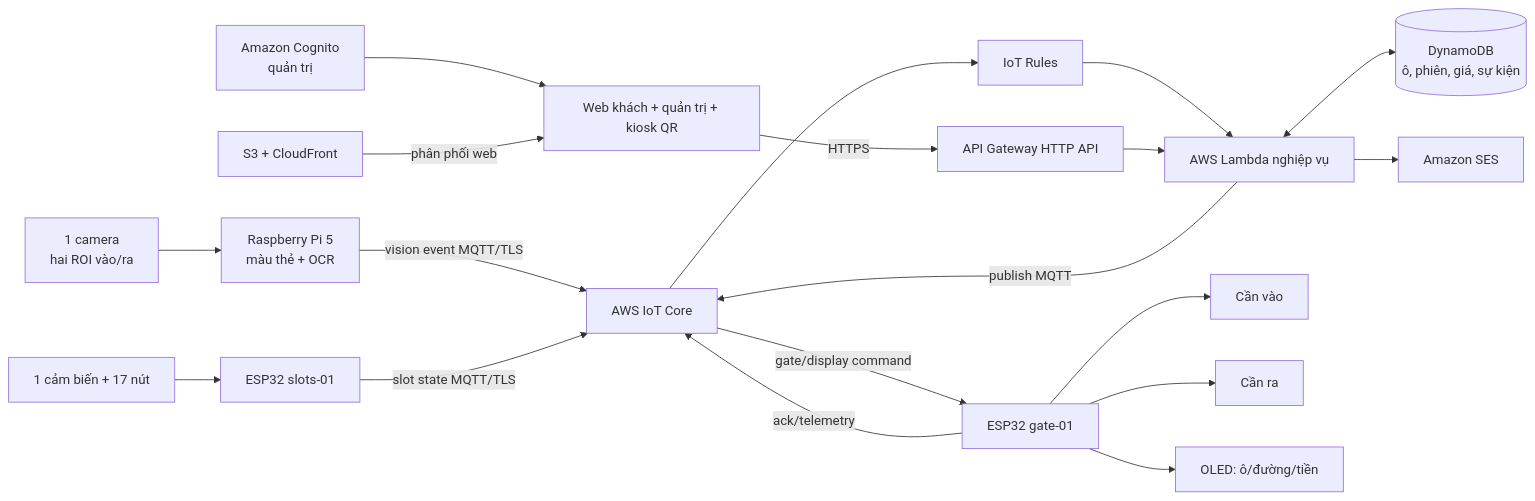
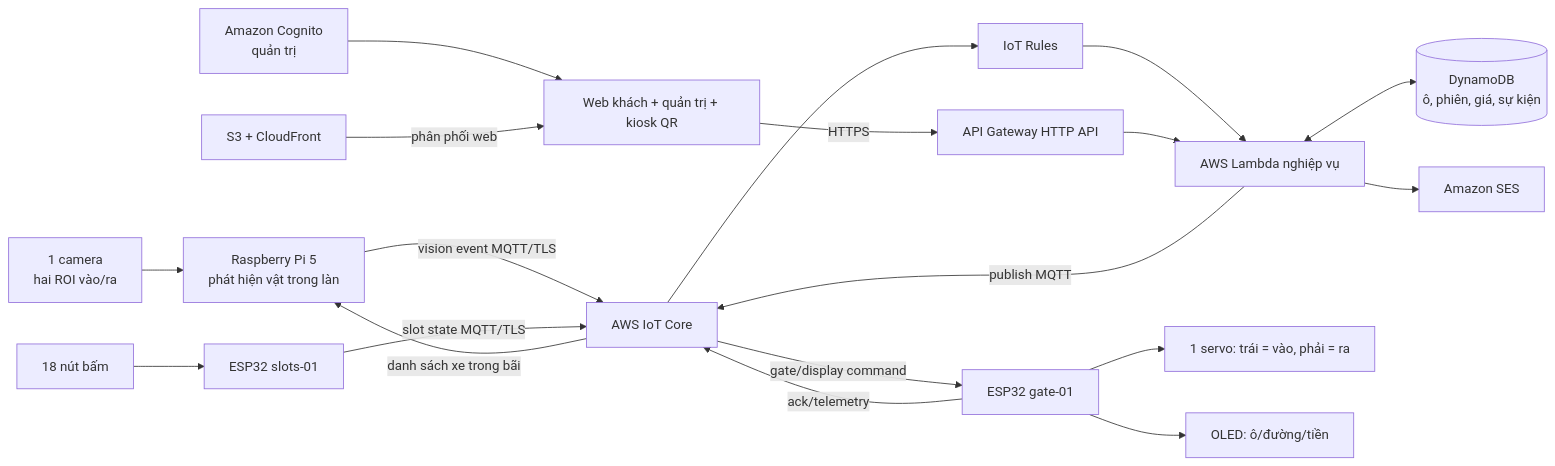
One commit to Tuyen230605/Smart_parking changed the diagram in docs/architecture.md. Above: the diagram before and after it, drawn with Mermaid. The commit also changed other lines of this file and 49 other files, not shown here.

First line of the commit message:
Admin-approved entry/exit, hand-detection camera, 18-button slots

````diff
--- a/docs/architecture.md
+++ b/docs/architecture.md
@@ -18,21 +19,21 @@
 ```mermaid
 flowchart LR
-  C[1 camera<br/>hai ROI vào/ra] --> PI[Raspberry Pi 5<br/>màu thẻ + OCR]
+  C[1 camera<br/>hai ROI vào/ra] --> PI[Raspberry Pi 5<br/>phát hiện vật trong làn]
   PI -->|vision event MQTT/TLS| IOT[AWS IoT Core]
-  S[1 cảm biến + 17 nút] --> ESP2[ESP32 slots-01]
+  S[18 nút bấm] --> ESP2[ESP32 slots-01]
   ESP2 -->|slot state MQTT/TLS| IOT
   IOT --> RULE[IoT Rules]
   RULE --> L[AWS Lambda nghiệp vụ]
   L <--> DB[(DynamoDB<br/>ô, phiên, giá, sự kiện)]
   L -->|publish MQTT| IOT
+  IOT -->|danh sách xe trong bãi| PI
   IOT -->|gate/display command| ESP1[ESP32 gate-01]
-  ESP1 --> G1[Cần vào]
-  ESP1 --> G2[Cần ra]
+  ESP1 --> G1[1 servo: trái = vào, phải = ra]
   ESP1 --> O[OLED: ô/đường/tiền]
   ESP1 -->|ack/telemetry| IOT
   L --> SES[Amazon SES]
   APP[Web khách + quản trị + kiosk QR] -->|HTTPS| APIG[API Gateway HTTP API]
   APIG --> L
   AUTH[Amazon Cognito<br/>quản trị] --> APP
   CDN[S3 + CloudFront] -->|phân phối web| APP
 ```
````
